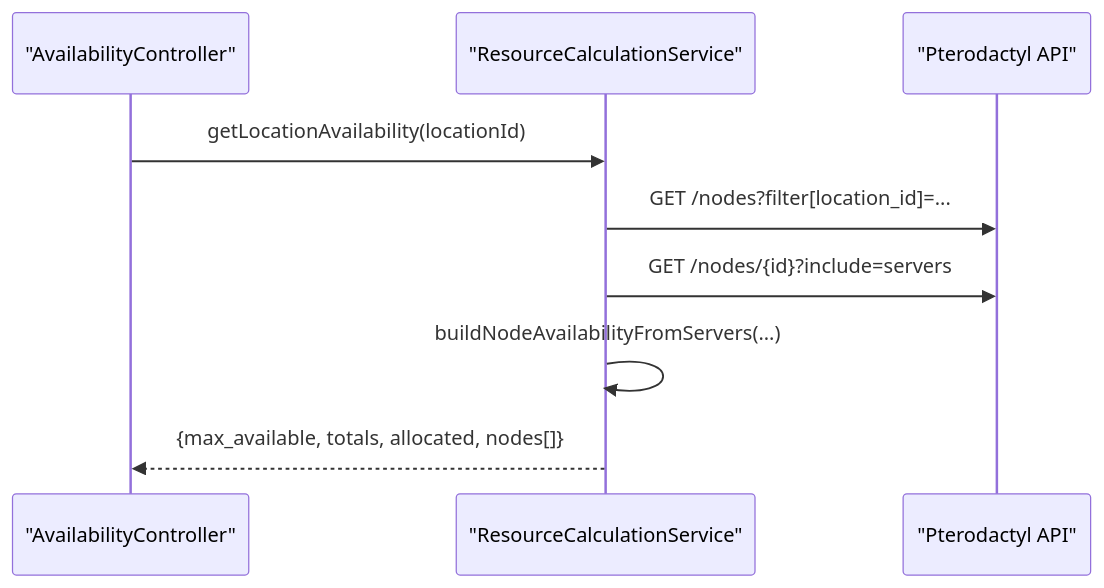
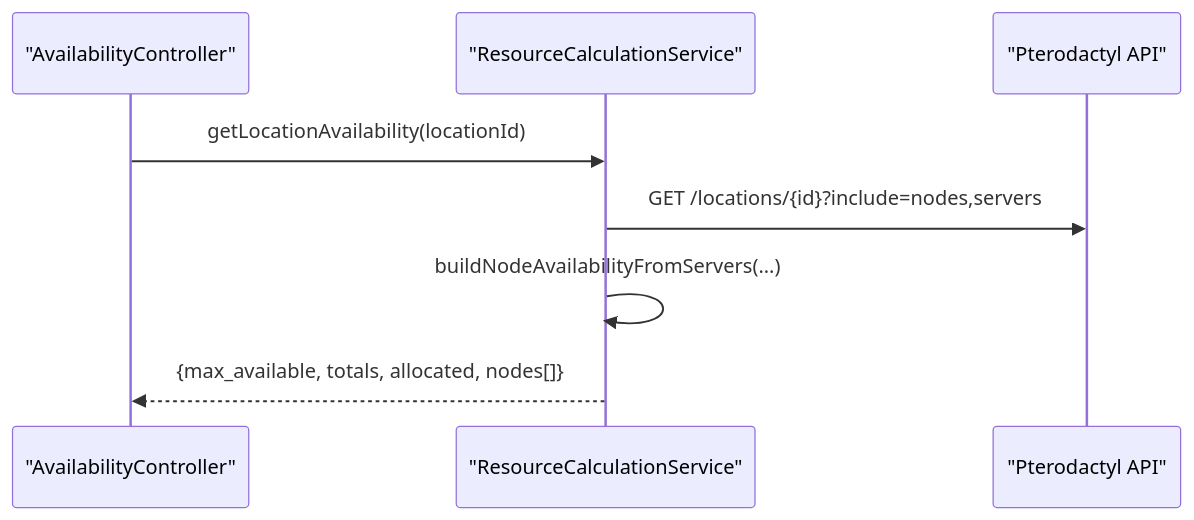
The sixth of 9 diagrams in .qoder/repowiki/en/content/Architecture Overview/Architecture Overview.md (ObsidianNetwork/dynamic-pterodactyl), drawn with Mermaid before and after one commit. The commit also changed 23 other files, not shown here.

````diff
--- a/.qoder/repowiki/en/content/Architecture Overview/Architecture Overview.md
+++ b/.qoder/repowiki/en/content/Architecture Overview/Architecture Overview.md
@@ -293,11 +293,10 @@
 ```mermaid
 sequenceDiagram
 participant Ctrl as "AvailabilityController"
 participant ResCalc as "ResourceCalculationService"
 participant Ptero as "Pterodactyl API"
 Ctrl->>ResCalc : getLocationAvailability(locationId)
-ResCalc->>Ptero : GET /nodes?filter[location_id]=...
-ResCalc->>Ptero : GET /nodes/{id}?include=servers
+ResCalc->>Ptero : GET /locations/{id}?include=nodes,servers
 ResCalc->>ResCalc : buildNodeAvailabilityFromServers(...)
 ResCalc-->>Ctrl : {max_available, totals, allocated, nodes[]}
 ```
````
